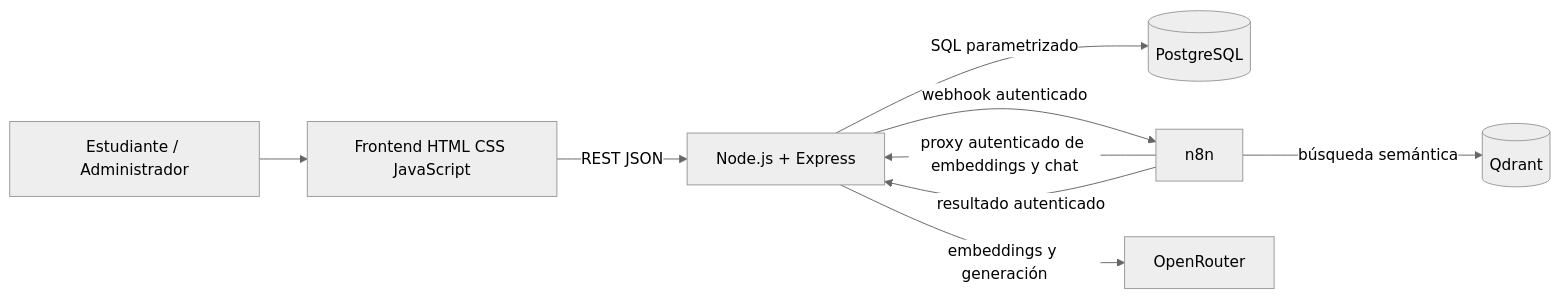
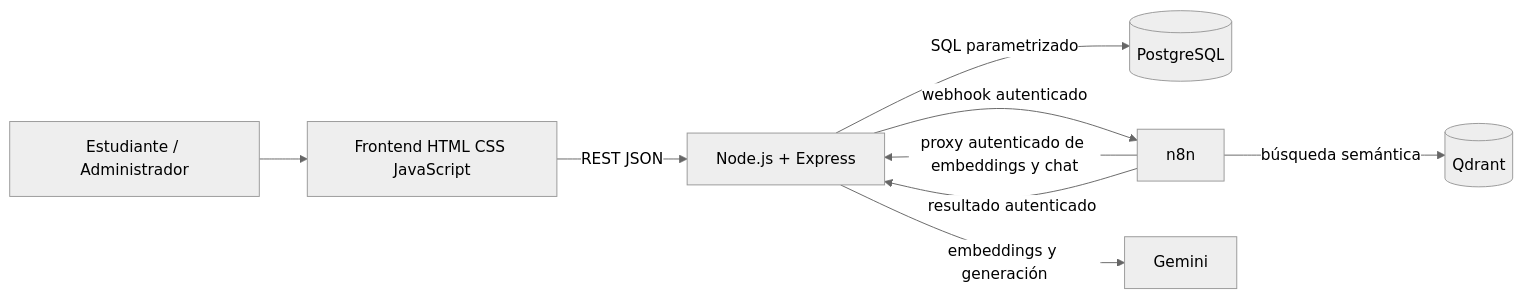
Before and after one commit to TOTO05-a/ruta-ia: the diagram in docs/architecture/system-context.md, drawn with Mermaid (neutral theme). The commit also changed other lines of this file and 32 other files, not shown here.

````diff
--- a/docs/architecture/system-context.md
+++ b/docs/architecture/system-context.md
@@ -3,11 +3,11 @@
 ```mermaid
 flowchart LR
   Student[Estudiante / Administrador] --> Browser[Frontend HTML CSS JavaScript]
   Browser -->|REST JSON| API[Node.js + Express]
   API -->|SQL parametrizado| PG[(PostgreSQL)]
   API -->|webhook autenticado| N8N[n8n]
   N8N -->|proxy autenticado de embeddings y chat| API
-  API -->|embeddings y generación| OR[OpenRouter]
+  API -->|embeddings y generación| GM[Gemini]
   N8N -->|búsqueda semántica| QD[(Qdrant)]
   N8N -->|resultado autenticado| API
 ```
````
